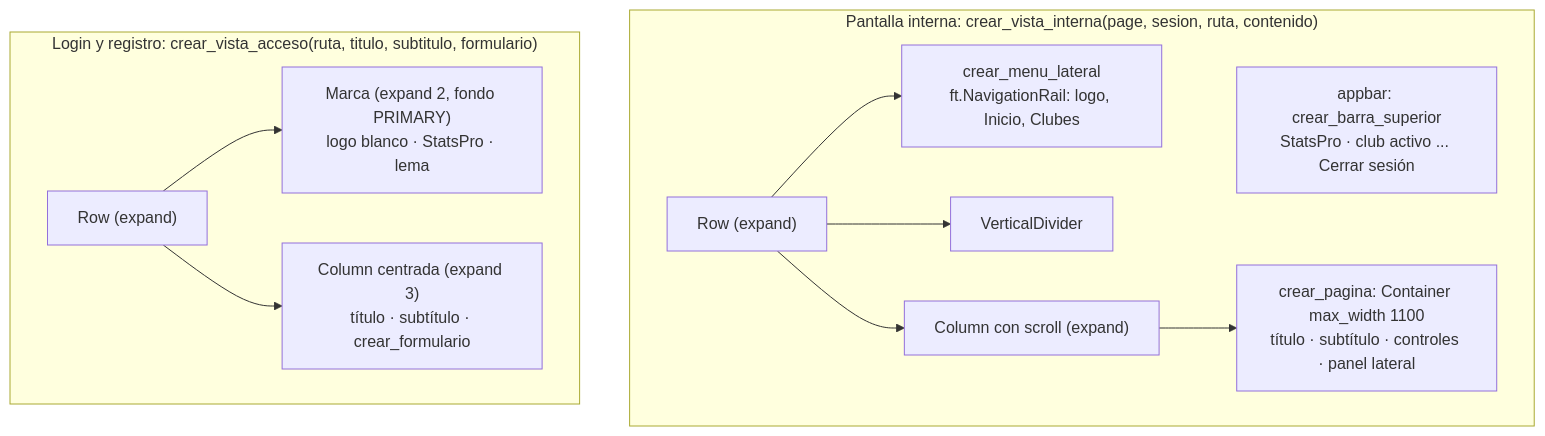
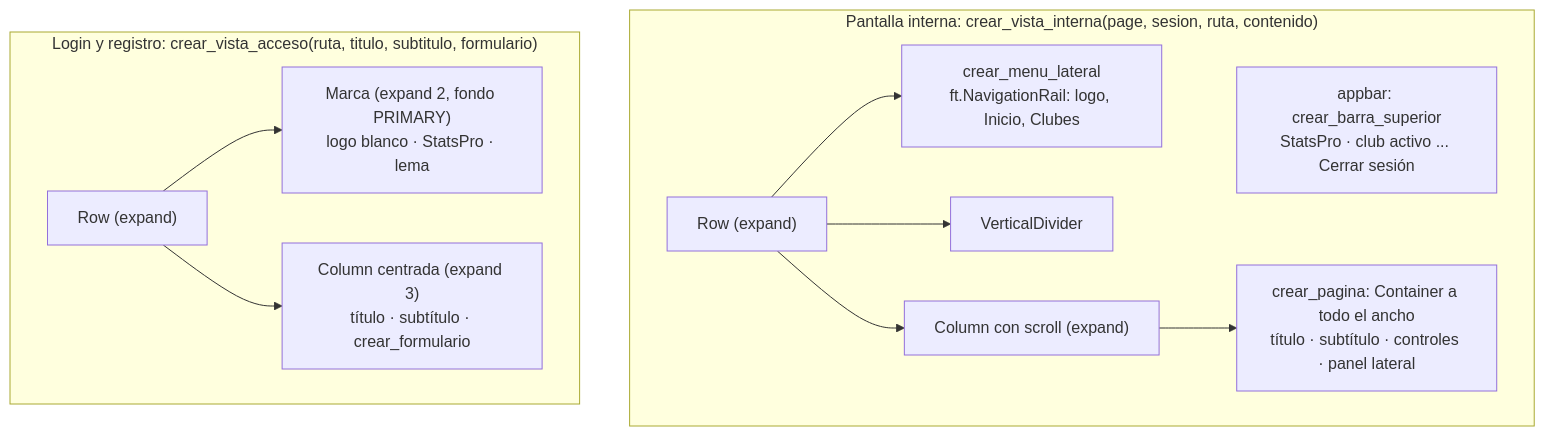
Before and after one commit to Stack-dos/app_estadisticas: the eighth of 9 diagrams in docs/info_modulo/13-gui-flet-y-eventos.md, drawn with Mermaid. The commit also changed other lines of this file and 1 other file, not shown here.

````diff
--- a/docs/info_modulo/13-gui-flet-y-eventos.md
+++ b/docs/info_modulo/13-gui-flet-y-eventos.md
@@ -1149,16 +1154,16 @@
 ```mermaid
 flowchart TB
     subgraph I["Pantalla interna: crear_vista_interna(page, sesion, ruta, contenido)"]
         A["appbar: crear_barra_superior<br/>StatsPro · club activo ... Cerrar sesión"]
         R["Row (expand)"]
         R --> MN["crear_menu_lateral<br/>ft.NavigationRail: logo, Inicio, Clubes"]
         R --> D["VerticalDivider"]
         R --> SC["Column con scroll (expand)"]
-        SC --> PG["crear_pagina: Container max_width 1100<br/>título · subtítulo · controles · panel lateral"]
+        SC --> PG["crear_pagina: Container a todo el ancho<br/>título · subtítulo · controles · panel lateral"]
     end
     subgraph AC["Login y registro: crear_vista_acceso(ruta, titulo, subtitulo, formulario)"]
         R2["Row (expand)"]
         R2 --> MK["Marca (expand 2, fondo PRIMARY)<br/>logo blanco · StatsPro · lema"]
         R2 --> FM["Column centrada (expand 3)<br/>título · subtítulo · crear_formulario"]
     end
 ```
````
